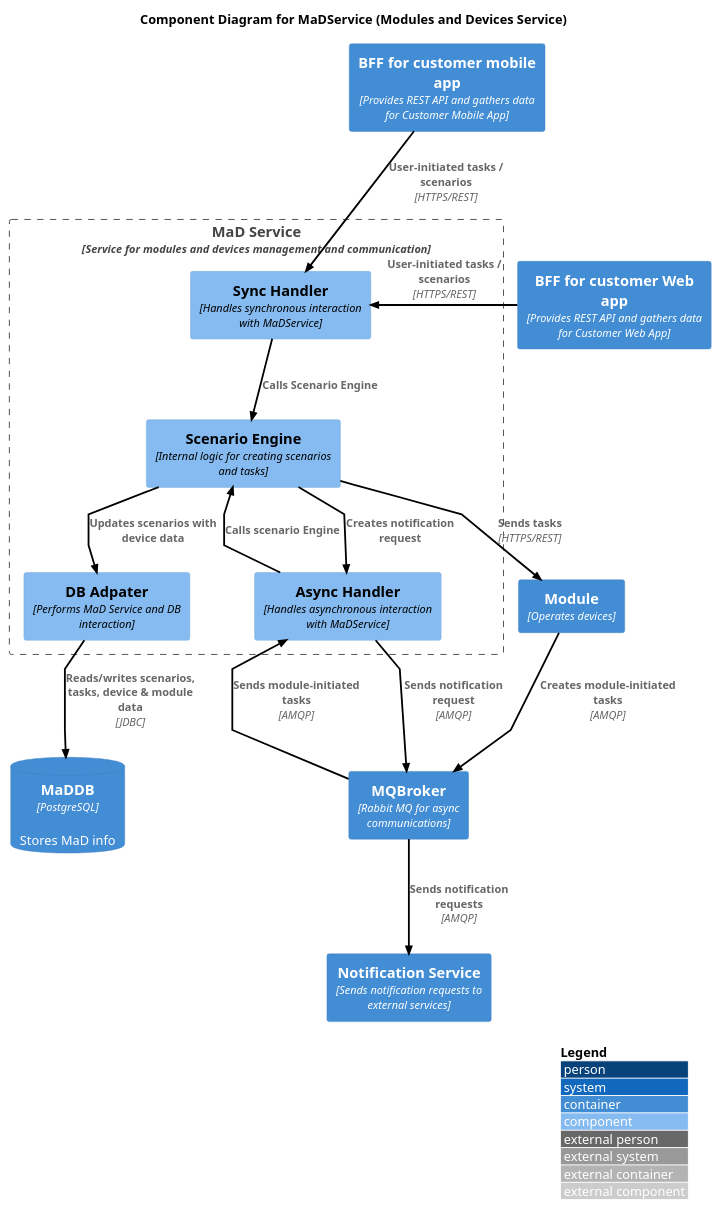
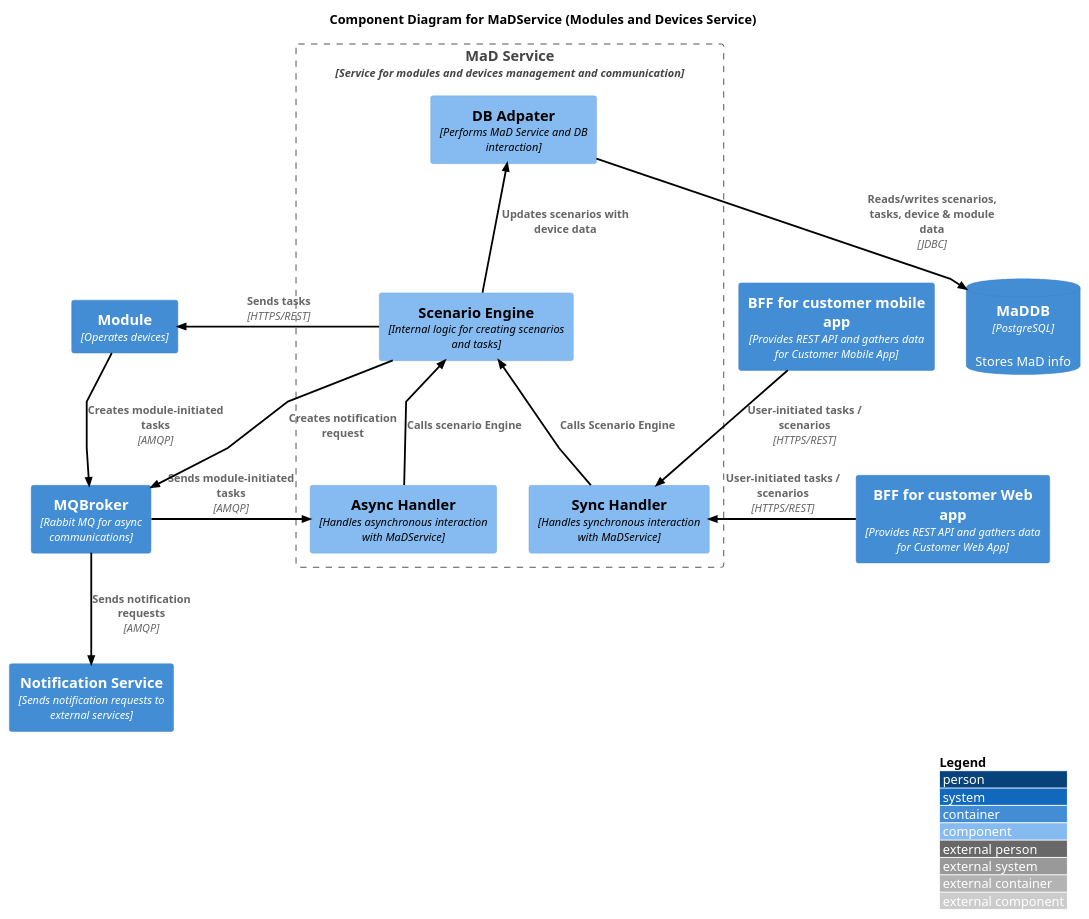
One commit to ISamburskiy/architecture-warmhouse changed the diagram in diagrams/TO_BE/component/_component.puml. Above: the diagram before and after it, drawn with PlantUML. The commit also changed 3 other files, not shown here.

```diff
--- a/diagrams/TO_BE/component/_component.puml
+++ b/diagrams/TO_BE/component/_component.puml
@@ -1,59 +1,57 @@
 @startuml component_dia
 !includeurl https://raw.githubusercontent.com/RicardoNiepel/C4-PlantUML/master/C4_Component.puml
 LAYOUT_WITH_LEGEND()
 
 top to bottom direction
 skinparam linetype polyline
 skinparam ArrowColor Black
 skinparam ArrowThickness 2
 
 
 title Component Diagram for MaDService (Modules and Devices Service)
 LAYOUT_WITH_LEGEND()
 
 
 ' Основной сервис — контейнер
 Container(MaDService, "MaD Service", "Service for modules and devices management and communication")
 
 ' Компоненты внутри MaDService
 Container_Boundary(MaDService, "MaD Service", "Service for modules and devices management and communication") {
 Component(ScenarioEngine, "Scenario Engine", "Internal logic for creating scenarios and tasks")
 Component(SyncHandler, "Sync Handler", "Handles synchronous interaction with MaDService")
 Component(DBAdpater, "DB Adpater", "Performs MaD Service and DB interaction")
 Component(AsyncHandler, "Async Handler", "Handles asynchronous interaction with MaDService")
 }
 ' Внешние зависимости
 Container(CustMobBFF, "BFF for customer mobile app", "Provides REST API and gathers data for Customer Mobile App")
 Container(CustWebBFF, "BFF for customer Web app", "Provides REST API and gathers data for Customer Web App")
 Container(MQBroker, "MQBroker", "Rabbit MQ for async communications")
 Container(NotificationService, "Notification Service", "Sends notification requests to external services")
 ContainerDb(MaDDB, "MaDDB", "PostgreSQL", "Stores MaD info")
 Container(Module, "Module", "Operates devices")
 
 ' Связи компонентов внутри сервиса
 Rel_U(SyncHandler, ScenarioEngine, "Calls Scenario Engine")
 Rel_U(AsyncHandler, ScenarioEngine, "Calls scenario Engine")
 Rel_U(ScenarioEngine, DBAdpater, "Updates scenarios with device data")
-Rel_U(ScenarioEngine, AsyncHandler, "Creates notification request")
 
 ' Внешние связи MaDService
 Rel(CustMobBFF, SyncHandler, "User-initiated tasks / scenarios", "HTTPS/REST")
 Rel(CustWebBFF, SyncHandler, "User-initiated tasks / scenarios", "HTTPS/REST")
-Rel(AsyncHandler, MQBroker, "Sends notification request", "AMQP")
 Rel(MQBroker, AsyncHandler, "Sends module-initiated tasks", "AMQP")
 Rel(ScenarioEngine, Module, "Sends tasks", "HTTPS/REST")
 Rel(Module, MQBroker, "Creates module-initiated tasks", "AMQP")
 Rel(MQBroker, NotificationService, "Sends notification requests", "AMQP")
 Rel(DBAdpater, MaDDB, "Reads/writes scenarios, tasks, device & module data", "JDBC")
+Rel(ScenarioEngine, MQBroker, "Creates notification request")
 
 ' Невидимые связи для улучшения компоновки и уменьшения пересечений
 
 SyncHandler -[hidden]down- ScenarioEngine
-ScenarioEngine -[hidden]down- DBAdpater
-DBAdpater -[hidden]right- AsyncHandler
+ScenarioEngine -[hidden]left- DBAdpater
 CustMobBFF -[hidden]down- CustWebBFF
 CustWebBFF -[hidden]left- SyncHandler
 AsyncHandler -[hidden]right- MQBroker
 MQBroker -[hidden]right- NotificationService
 
 @enduml 
```
